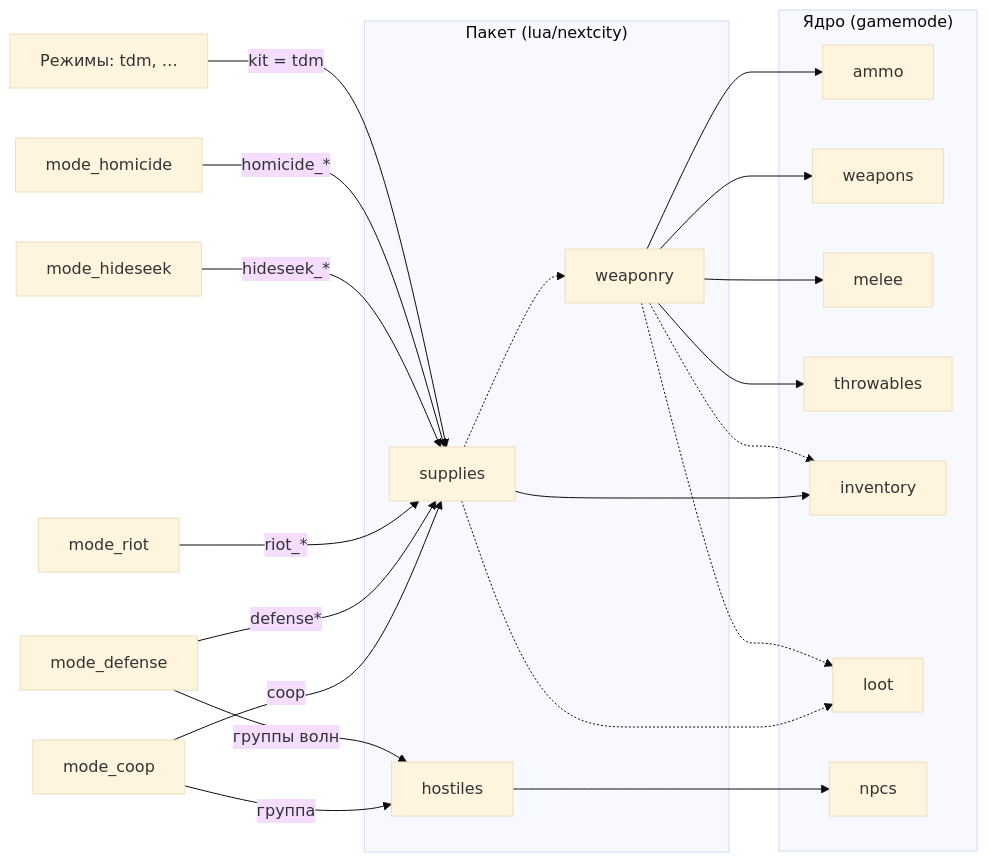
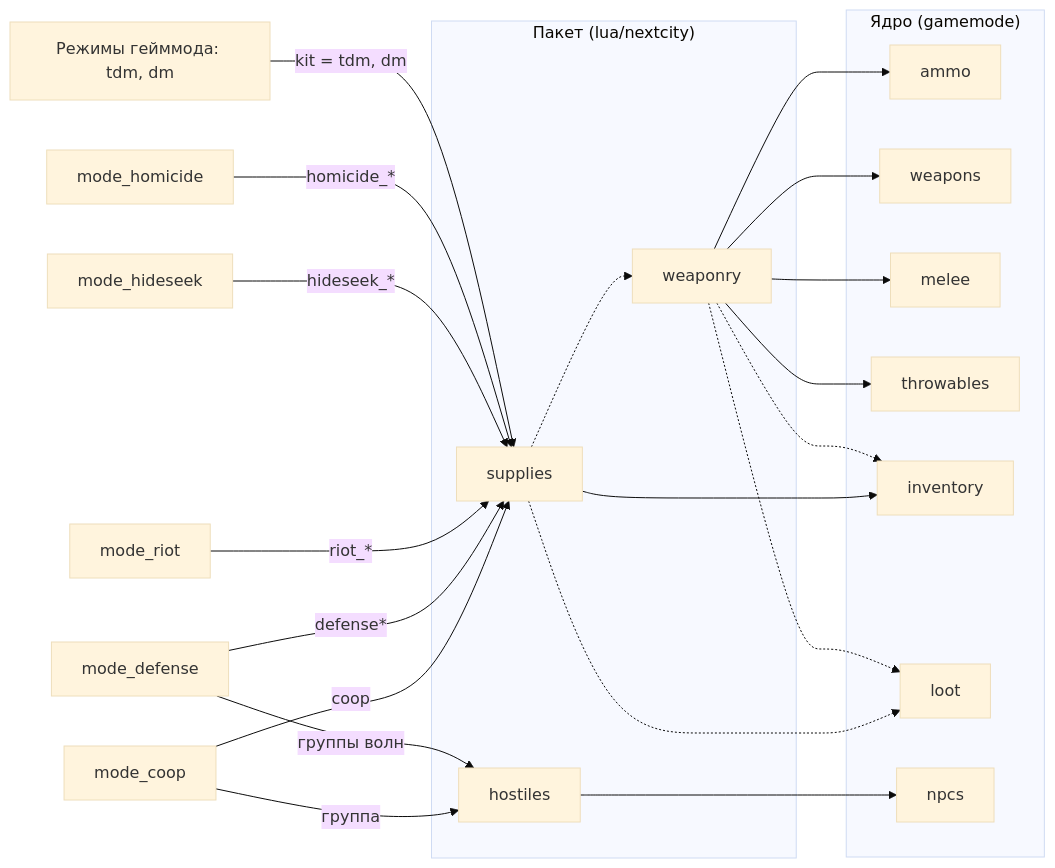
Before and after one commit to vovawees/Next-City: the diagram in lua/nextcity/README.md, drawn with Mermaid (base theme). The commit also changed other lines of this file and 15 other files, not shown here.

````diff
--- a/lua/nextcity/README.md
+++ b/lua/nextcity/README.md
@@ -31,21 +31,21 @@
 ```mermaid
 flowchart LR
 	subgraph core["Ядро (gamemode)"]
 		A[ammo] & W[weapons] & M[melee] & T[throwables] & I[inventory] & L[loot] & N[npcs]
 	end
 	subgraph pack["Пакет (lua/nextcity)"]
 		WY[weaponry] --> A & W & M & T
 		WY -.-> I & L
 		S[supplies] --> I
 		S -.-> L & WY
 		HO[hostiles] --> N
 	end
-	R["Режимы: tdm, …"] -- "kit = tdm" --> S
+	R["Режимы гейммода: tdm, dm"] -- "kit = tdm, dm" --> S
 	H[mode_homicide] -- "homicide_*" --> S
 	HS[mode_hideseek] -- "hideseek_*" --> S
 	RT[mode_riot] -- "riot_*" --> S
 	D[mode_defense] -- "defense*" --> S
 	D -- "группы волн" --> HO
 	C[mode_coop] -- "coop" --> S
 	C -- "группа" --> HO
 ```
````
